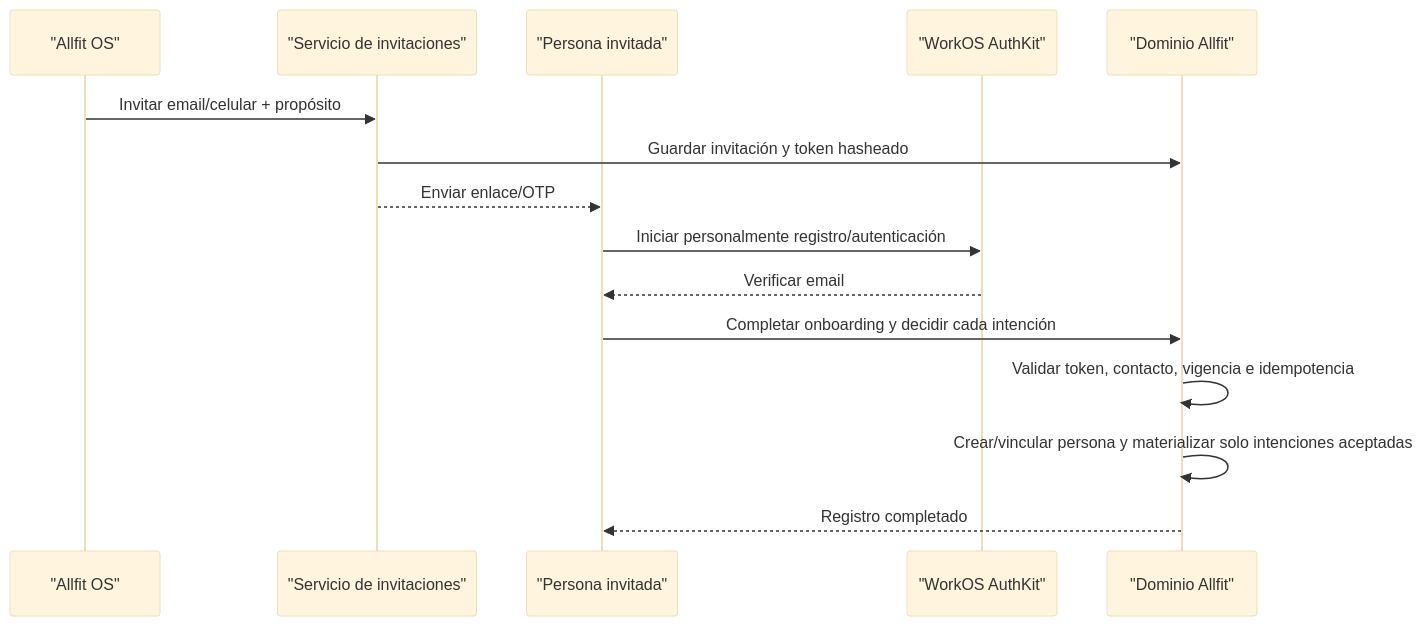
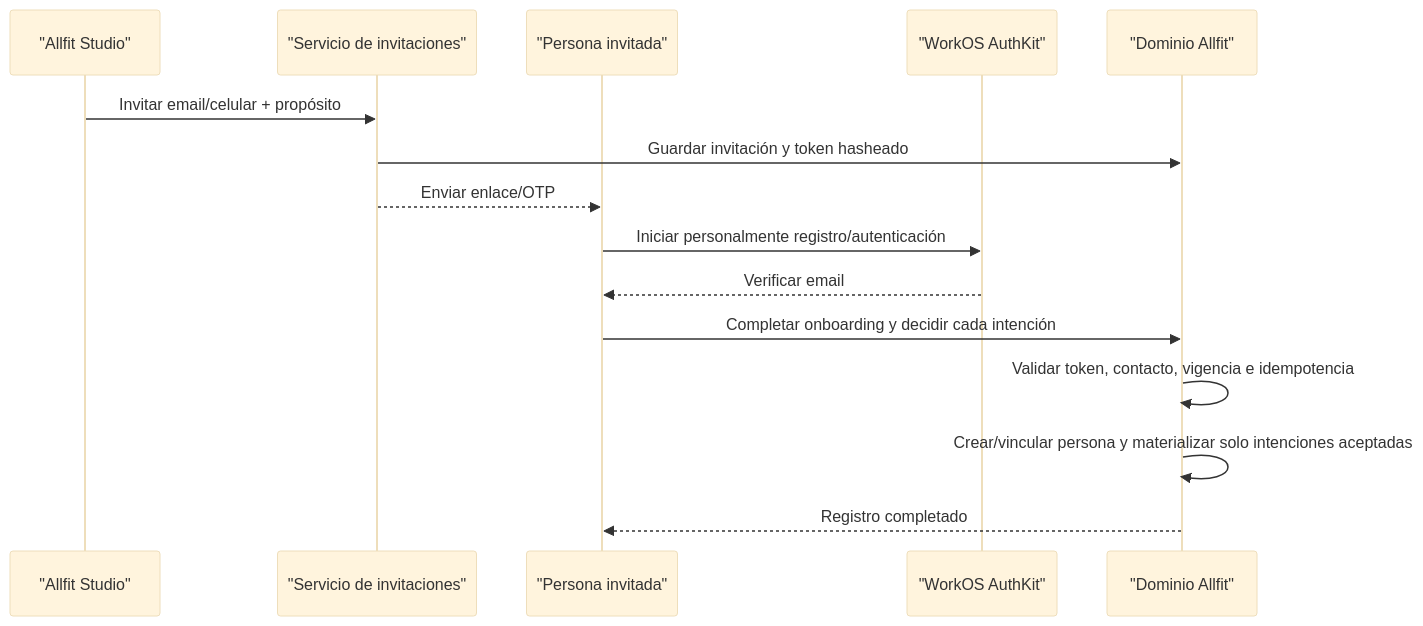
The second of 4 diagrams in platform/database/refactor/02_ARCHITECTURE_DECISIONS/ALLFIT_ARCHITECTURE_DECISIONS.md (allfitone/allfitone-docs), drawn with Mermaid (base theme) before and after one commit. The commit also changed other lines of this file and 31 other files, not shown here.

Commit message:
docs: rename Allfit OS to Allfit Studio

````diff
--- a/platform/database/refactor/02_ARCHITECTURE_DECISIONS/ALLFIT_ARCHITECTURE_DECISIONS.md
+++ b/platform/database/refactor/02_ARCHITECTURE_DECISIONS/ALLFIT_ARCHITECTURE_DECISIONS.md
@@ -108,18 +108,18 @@
 ```mermaid
 sequenceDiagram
-    participant OS as "Allfit OS"
+    participant Studio as "Allfit Studio"
     participant Inv as "Servicio de invitaciones"
     participant P as "Persona invitada"
     participant Auth as "WorkOS AuthKit"
     participant DB as "Dominio Allfit"
 
-    OS->>Inv: Invitar email/celular + propósito
+    Studio->>Inv: Invitar email/celular + propósito
     Inv->>DB: Guardar invitación y token hasheado
     Inv-->>P: Enviar enlace/OTP
     P->>Auth: Iniciar personalmente registro/autenticación
     Auth-->>P: Verificar email
     P->>DB: Completar onboarding y decidir cada intención
     DB->>DB: Validar token, contacto, vigencia e idempotencia
     DB->>DB: Crear/vincular persona y materializar solo intenciones aceptadas
     DB-->>P: Registro completado
 ```
````
